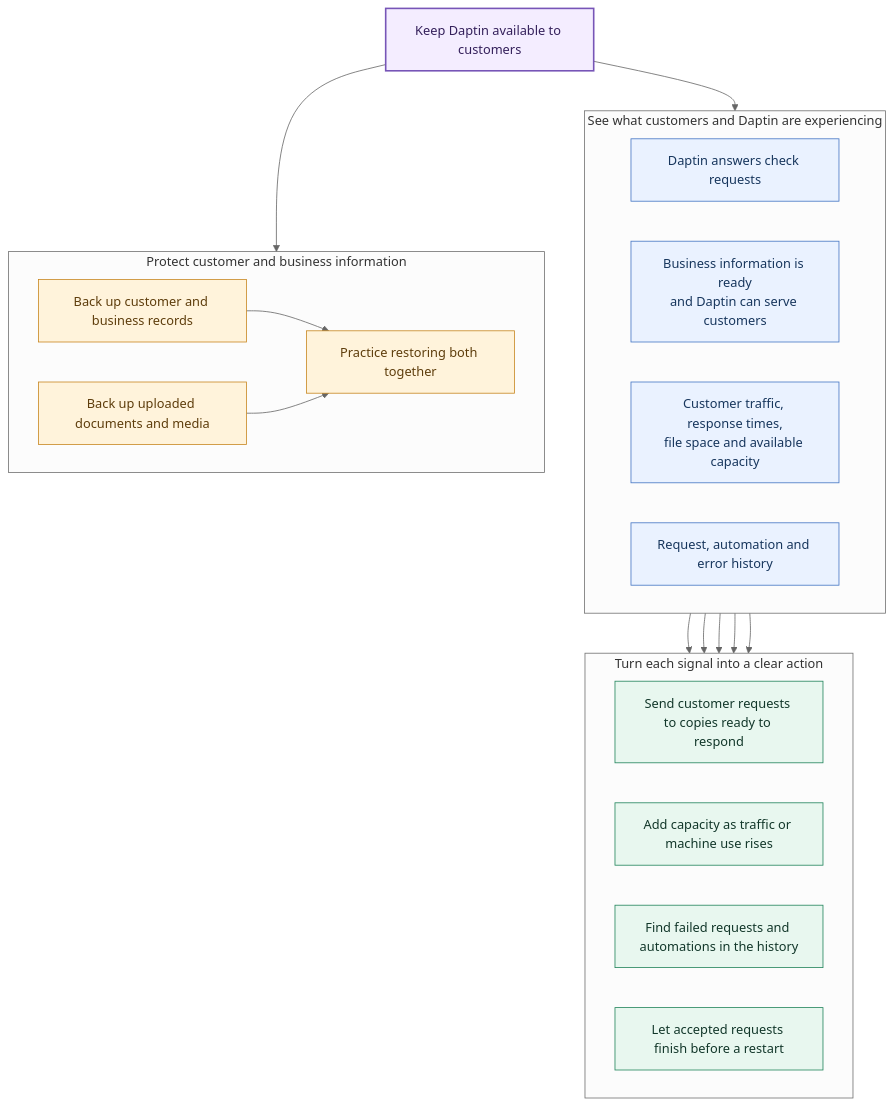
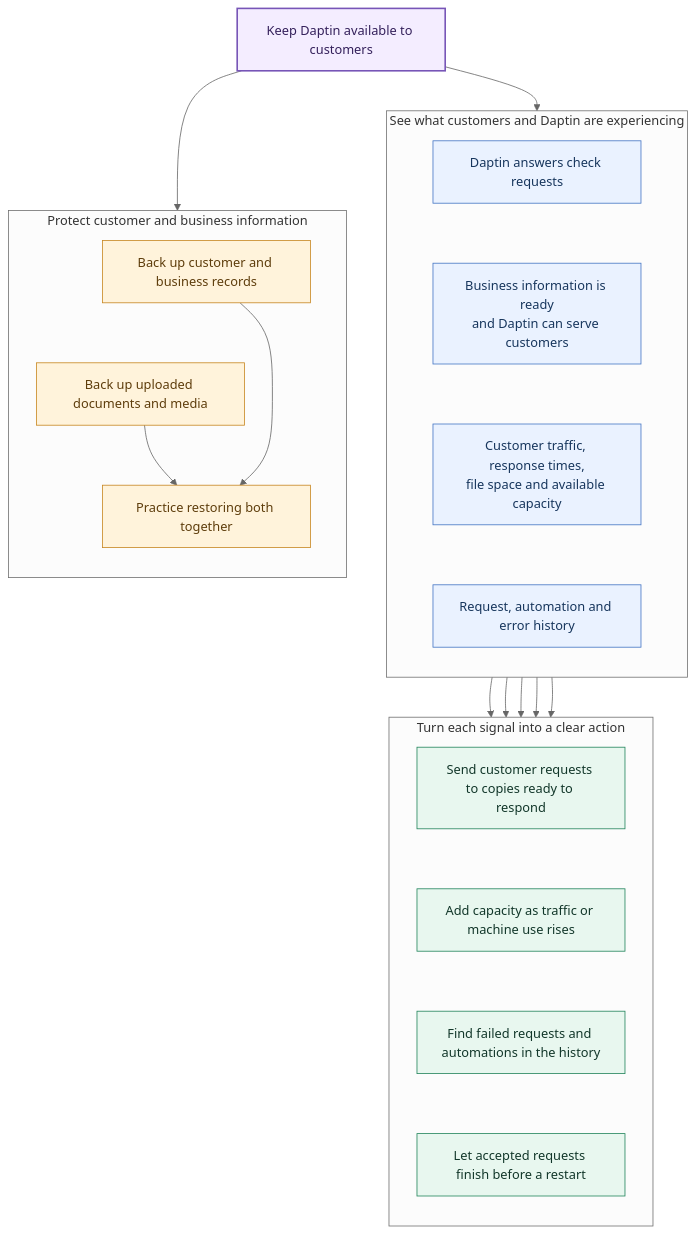
Before and after one commit to daptin/daptin.github.io: the diagram in diagrams/runtime-operations/operator-view.mmd, drawn with Mermaid (neutral theme). The commit also changed 57 other files, not shown here.

Commit message:
Improve diagram readability and loading

```diff
--- a/diagrams/runtime-operations/operator-view.mmd
+++ b/diagrams/runtime-operations/operator-view.mmd
@@ -1,44 +1,47 @@
 flowchart TB
     goal["Keep Daptin available to customers"]
 
     subgraph signals["See what customers and Daptin are experiencing"]
-        direction LR
+        direction TB
         ping["Daptin answers check requests"]
         readiness["Business information is ready\nand Daptin can serve customers"]
         statistics["Customer traffic, response times,\nfile space and available capacity"]
         logging["Request, automation and error history"]
+        ping ~~~ readiness ~~~ statistics ~~~ logging
     end
 
     subgraph response["Turn each signal into a clear action"]
-        direction LR
+        direction TB
         route["Send customer requests to copies ready to respond"]
         size["Add capacity as traffic or machine use rises"]
         investigate["Find failed requests and automations in the history"]
         stop["Let accepted requests finish before a restart"]
+        route ~~~ size ~~~ investigate ~~~ stop
     end
 
     subgraph continuity["Protect customer and business information"]
-        direction LR
+        direction TB
         db["Back up customer and business records"]
         files["Back up uploaded documents and media"]
         restore["Practice restoring both together"]
+        db ~~~ files ~~~ restore
     end
 
     goal --> signals
     ping --> route
     readiness --> route
     statistics --> size
     logging --> investigate
     readiness --> stop
     goal --> continuity
     db --> restore
     files --> restore
 
     classDef focus fill:#f4edff,stroke:#7755b7,color:#34205b,stroke-width:2px;
     classDef signal fill:#eaf2ff,stroke:#4475c4,color:#17365d;
     classDef response fill:#e8f7ef,stroke:#21845b,color:#12372a;
     classDef continuity fill:#fff3db,stroke:#c78620,color:#5e3d0c;
     class goal focus;
     class ping,readiness,statistics,logging signal;
     class route,size,investigate,stop response;
     class db,files,restore continuity;
```
